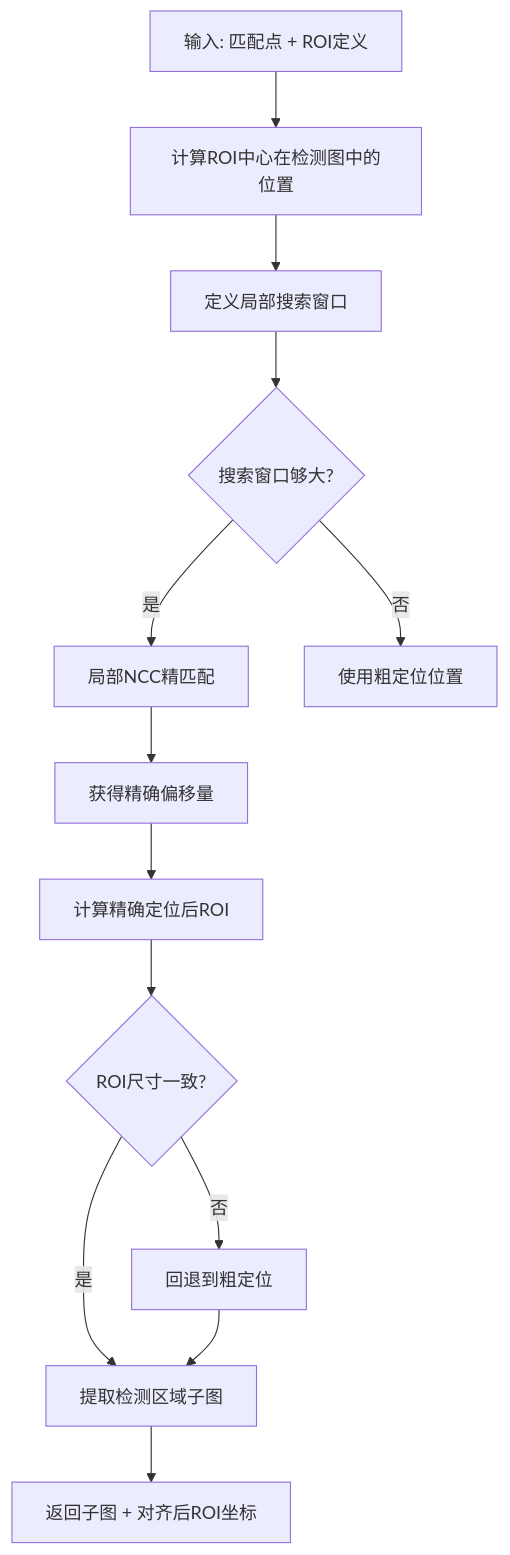
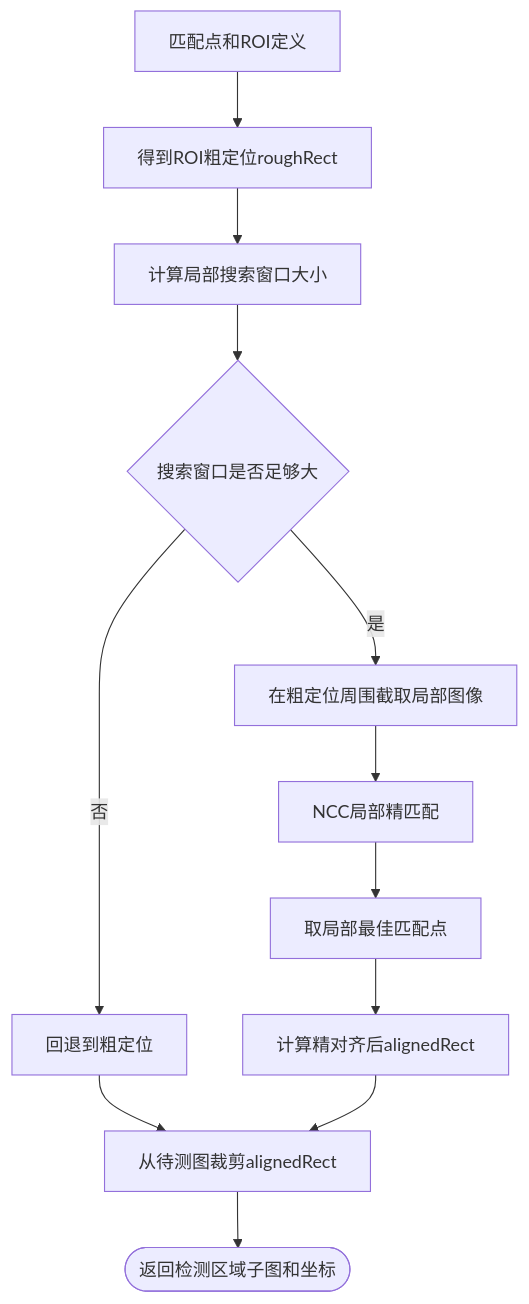
Before and after one commit to ggsmida1/CV_Project: the ninth of 11 diagrams in docs/期末大作业报告.md, drawn with Mermaid. The commit also changed other lines of this file, not shown here.

````diff
--- a/docs/期末大作业报告.md
+++ b/docs/期末大作业报告.md
@@ -261,15 +508,14 @@
 ```mermaid
 graph TD
-    A[输入: 匹配点 + ROI定义] --> B[计算ROI中心在检测图中的位置]
-    B --> C[定义局部搜索窗口]
-    C --> D{搜索窗口够大?}
-    D -->|是| E[局部NCC精匹配]
-    E --> F[获得精确偏移量]
-    F --> G[计算精确定位后ROI]
-    D -->|否| H[使用粗定位位置]
-    G --> I{ROI尺寸一致?}
-    I -->|是| J[提取检测区域子图]
-    I -->|否| K[回退到粗定位]
-    K --> J
-    J --> L[返回子图 + 对齐后ROI坐标]
+    A[匹配点和ROI定义] --> B[得到ROI粗定位roughRect]
+    B --> C[计算局部搜索窗口大小]
+    C --> D{搜索窗口是否足够大}
+    D -- 否 --> E[回退到粗定位]
+    D -- 是 --> F[在粗定位周围截取局部图像]
+    F --> G[NCC局部精匹配]
+    G --> H[取局部最佳匹配点]
+    H --> I[计算精对齐后alignedRect]
+    E --> J
+    I --> J[从待测图裁剪alignedRect]
+    J --> K([返回检测区域子图和坐标])
 ```
````
